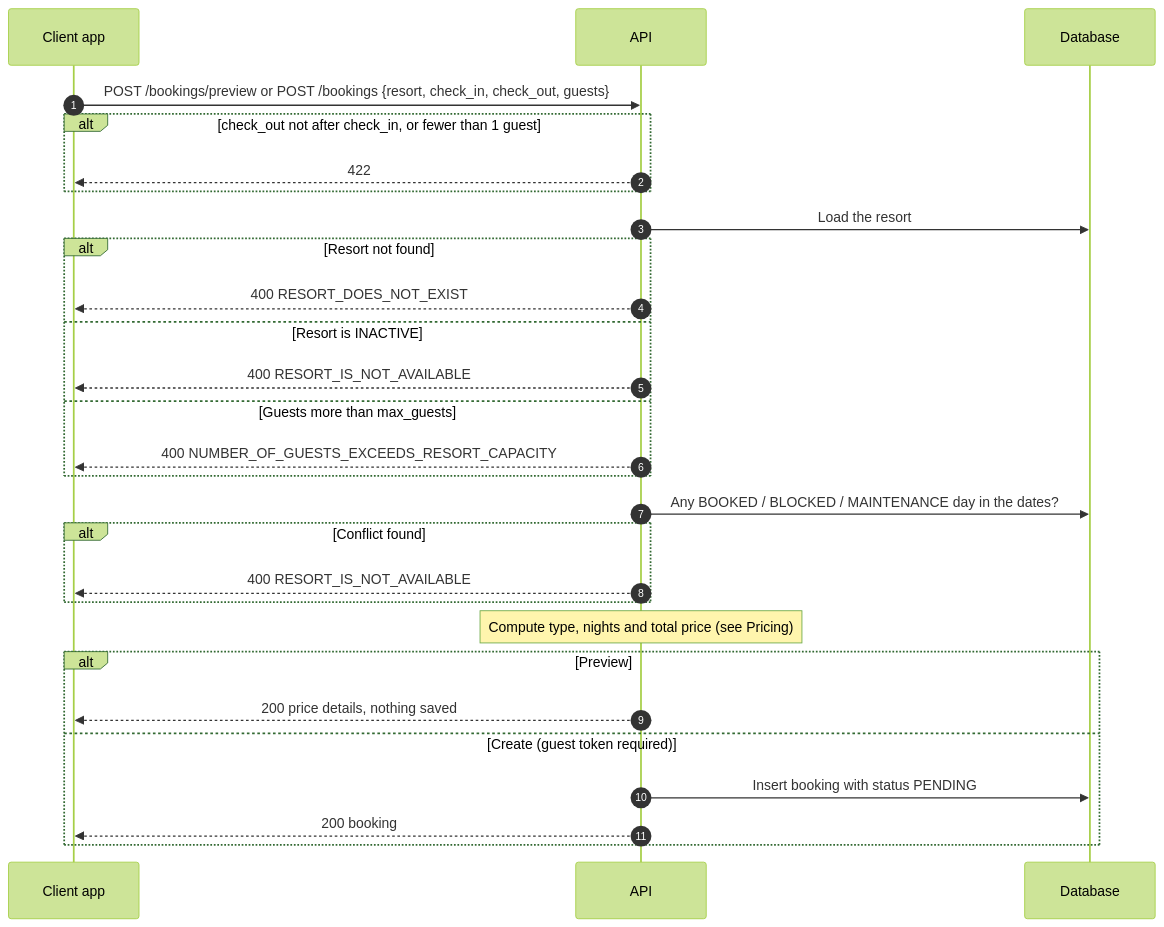
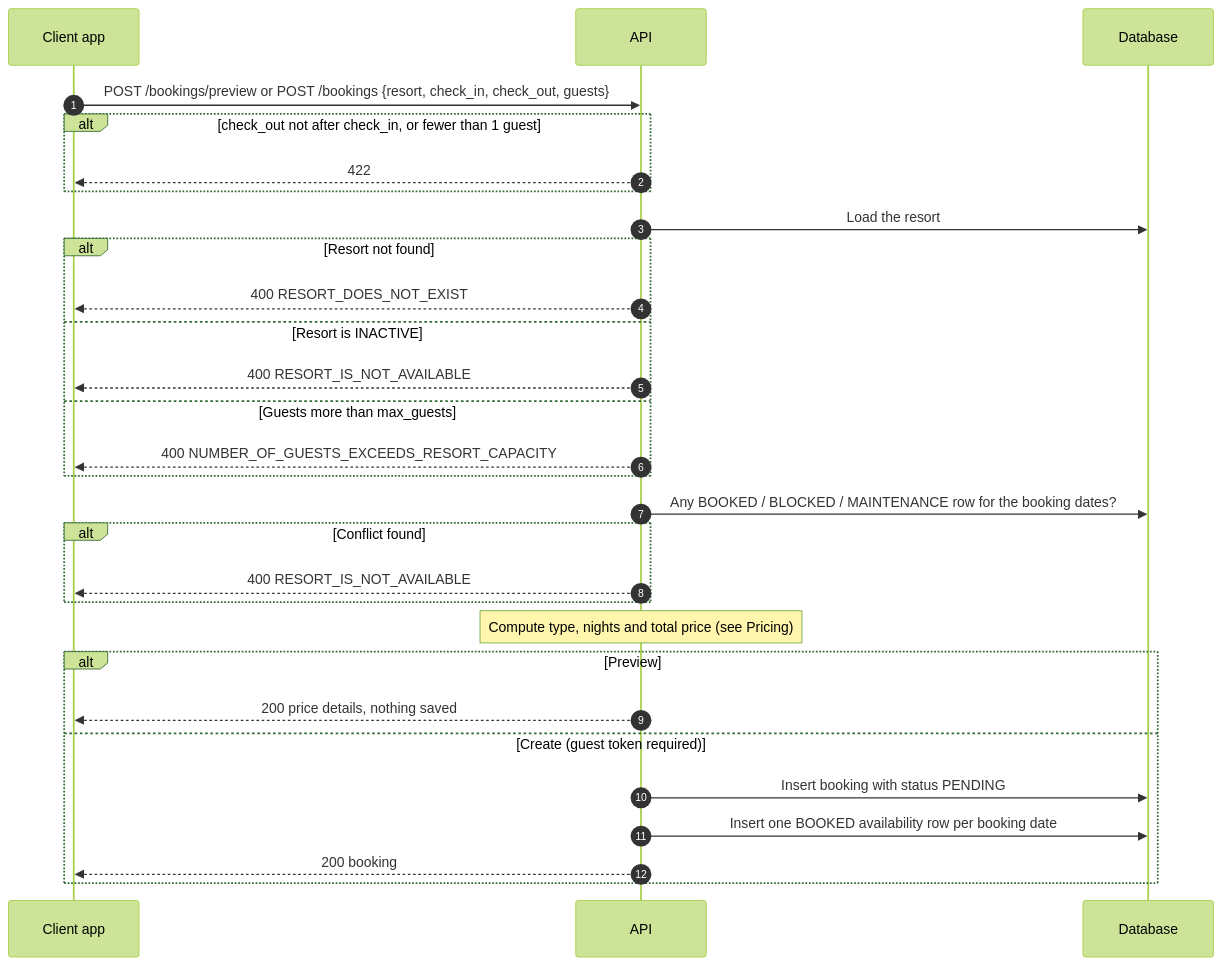
The first of 2 diagrams in documentations/Guest/Booking.md (jvcarpena/cozi-app-be), drawn with Mermaid (forest theme) before and after one commit. The commit also changed other lines of this file and 8 other files, not shown here.

First line of the commit message:
fix: Block booked dates and list resorts without reviews

````diff
--- a/documentations/Guest/Booking.md
+++ b/documentations/Guest/Booking.md
@@ -9,31 +9,32 @@
 ```mermaid
 sequenceDiagram
     autonumber
     participant C as Client app
     participant A as API
     participant D as Database
 
     C->>A: POST /bookings/preview or POST /bookings {resort, check_in, check_out, guests}
     alt check_out not after check_in, or fewer than 1 guest
         A-->>C: 422
     end
     A->>D: Load the resort
     alt Resort not found
         A-->>C: 400 RESORT_DOES_NOT_EXIST
     else Resort is INACTIVE
         A-->>C: 400 RESORT_IS_NOT_AVAILABLE
     else Guests more than max_guests
         A-->>C: 400 NUMBER_OF_GUESTS_EXCEEDS_RESORT_CAPACITY
     end
-    A->>D: Any BOOKED / BLOCKED / MAINTENANCE day in the dates?
+    A->>D: Any BOOKED / BLOCKED / MAINTENANCE row for the booking dates?
     alt Conflict found
         A-->>C: 400 RESORT_IS_NOT_AVAILABLE
     end
     Note over A: Compute type, nights and total price (see Pricing)
     alt Preview
         A-->>C: 200 price details, nothing saved
     else Create (guest token required)
         A->>D: Insert booking with status PENDING
+        A->>D: Insert one BOOKED availability row per booking date
         A-->>C: 200 booking
     end
 ```
````
